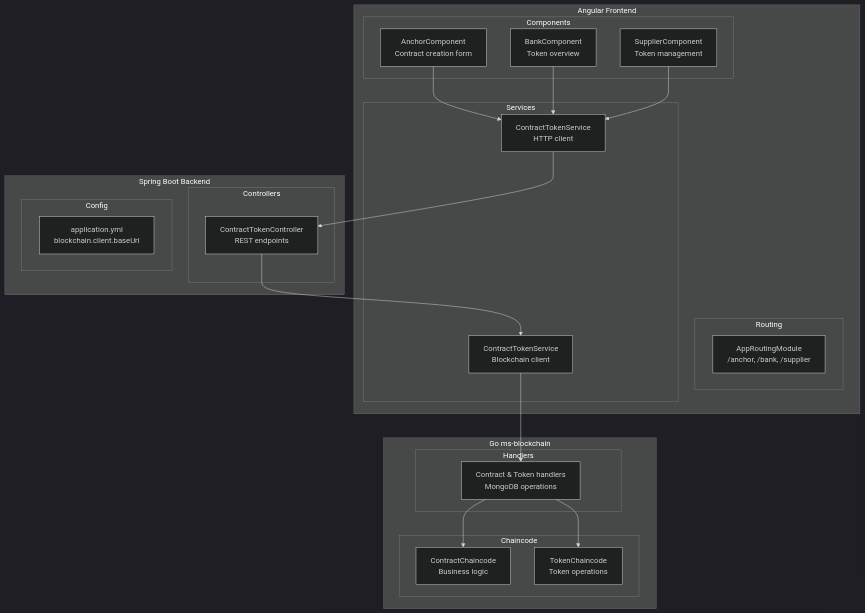
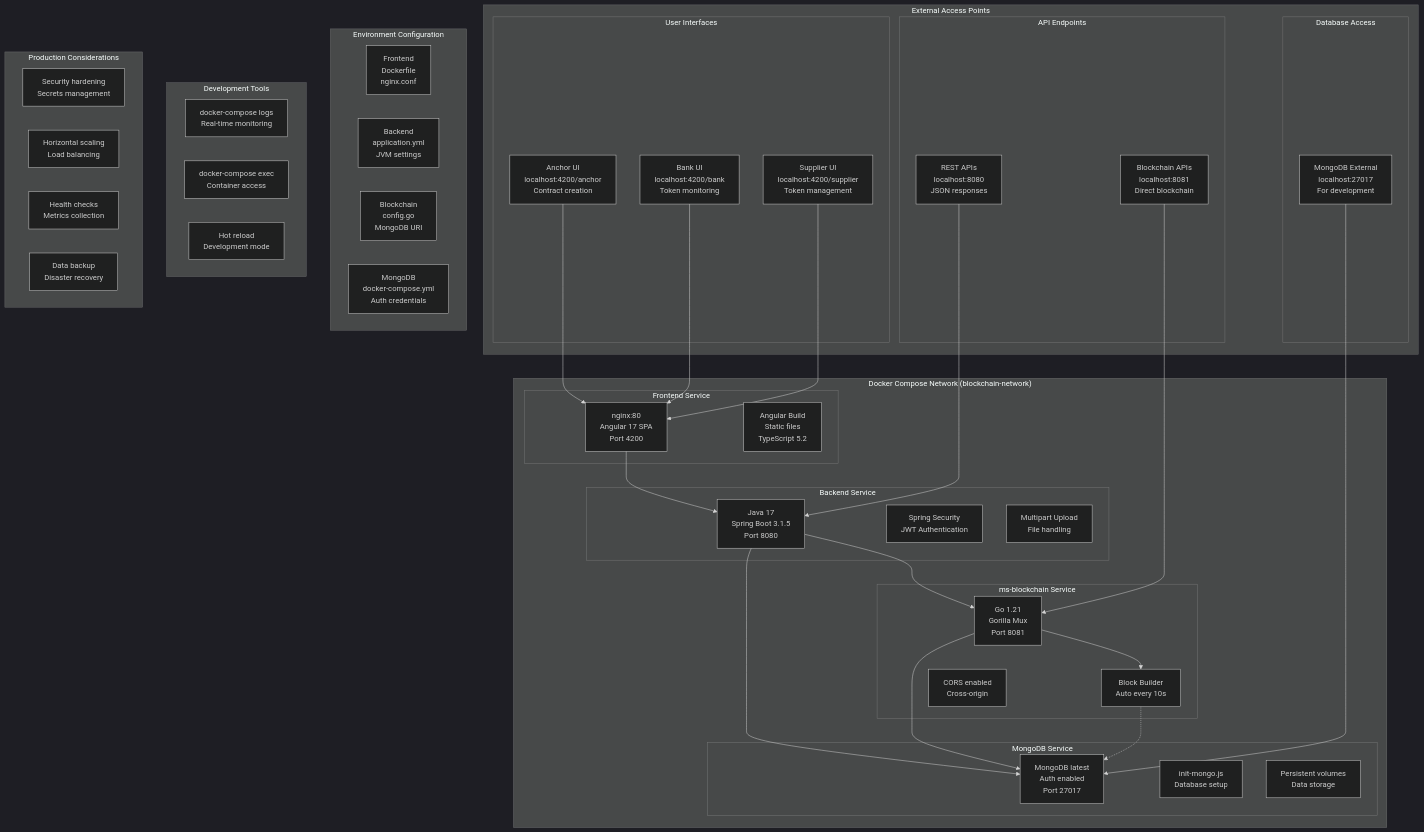
The sixth of 6 diagrams in SYSTEM_DIAGRAM.md (trunghc97/blockchain), drawn with Mermaid (dark theme) before and after one commit. The commit also changed other lines of this file, not shown here.

````diff
--- a/SYSTEM_DIAGRAM.md
+++ b/SYSTEM_DIAGRAM.md
@@ -165,47 +491,80 @@
 ```mermaid
 graph TB
-    subgraph "Angular Frontend"
-        subgraph "Components"
-            ANC[AnchorComponent<br/>Contract creation form]
-            BNK[BankComponent<br/>Token overview]
-            SUP[SupplierComponent<br/>Token management]
+    subgraph "Docker Compose Network (blockchain-network)"
+        subgraph "Frontend Service"
+            NGINX[nginx:80<br/>Angular 17 SPA<br/>Port 4200]
+            ANG[Angular Build<br/>Static files<br/>TypeScript 5.2]
         end
-        subgraph "Services"
-            CTS[ContractTokenService<br/>HTTP client]
+
+        subgraph "Backend Service"
+            JAVA[Java 17<br/>Spring Boot 3.1.5<br/>Port 8080]
+            SEC[Spring Security<br/>JWT Authentication]
+            MUL[Multipart Upload<br/>File handling]
         end
-        subgraph "Routing"
-            RT[AppRoutingModule<br/>/anchor, /bank, /supplier]
+
+        subgraph "ms-blockchain Service"
+            GO[Go 1.21<br/>Gorilla Mux<br/>Port 8081]
+            BB[Block Builder<br/>Auto every 10s]
+            CORS[CORS enabled<br/>Cross-origin]
+        end
+
+        subgraph "MongoDB Service"
+            MONGO[MongoDB latest<br/>Auth enabled<br/>Port 27017]
+            INIT[init-mongo.js<br/>Database setup]
+            DATA[Persistent volumes<br/>Data storage]
         end
     end
 
-    subgraph "Spring Boot Backend"
-        subgraph "Controllers"
-            CTC[ContractTokenController<br/>REST endpoints]
+    NGINX --> JAVA
+    JAVA --> GO
+    JAVA --> MONGO
+    GO --> MONGO
+    GO --> BB
+
+    BB -.-> MONGO
+
+    subgraph "External Access Points"
+        subgraph "User Interfaces"
+            ANC_UI[Anchor UI<br/>localhost:4200/anchor<br/>Contract creation]
+            BANK_UI[Bank UI<br/>localhost:4200/bank<br/>Token monitoring]
+            SUP_UI[Supplier UI<br/>localhost:4200/supplier<br/>Token management]
         end
-        subgraph "Services"
-            CTSB[ContractTokenService<br/>Blockchain client]
+
+        subgraph "API Endpoints"
+            REST_API[REST APIs<br/>localhost:8080<br/>JSON responses]
+            BC_API[Blockchain APIs<br/>localhost:8081<br/>Direct blockchain]
         end
-        subgraph "Config"
-            CFG[application.yml<br/>blockchain.client.baseUrl]
+
+        subgraph "Database Access"
+            DB_EXT[MongoDB External<br/>localhost:27017<br/>For development]
         end
     end
 
-    subgraph "Go ms-blockchain"
-        subgraph "Handlers"
-            HND[Contract & Token handlers<br/>MongoDB operations]
-        end
-        subgraph "Chaincode"
-            CHC[ContractChaincode<br/>Business logic]
-            TKN[TokenChaincode<br/>Token operations]
-        end
+    ANC_UI --> NGINX
+    BANK_UI --> NGINX
+    SUP_UI --> NGINX
+
+    REST_API --> JAVA
+    BC_API --> GO
+    DB_EXT --> MONGO
+
+    subgraph "Environment Configuration"
+        ENV1[Frontend<br/>Dockerfile<br/>nginx.conf]
+        ENV2[Backend<br/>application.yml<br/>JVM settings]
+        ENV3[Blockchain<br/>config.go<br/>MongoDB URI]
+        ENV4[MongoDB<br/>docker-compose.yml<br/>Auth credentials]
     end
 
-    ANC --> CTS
-    BNK --> CTS
-    SUP --> CTS
-    CTS --> CTC
-    CTC --> CTSB
-    CTSB --> HND
-    HND --> CHC
-    HND --> TKN
+    subgraph "Development Tools"
+        LOGS[docker-compose logs<br/>Real-time monitoring]
+        SHELL[docker-compose exec<br/>Container access]
+        DEBUG[Hot reload<br/>Development mode]
+    end
+
+    subgraph "Production Considerations"
+        SECURE[Security hardening<br/>Secrets management]
+        SCALE[Horizontal scaling<br/>Load balancing]
+        MONITOR[Health checks<br/>Metrics collection]
+        BACKUP[Data backup<br/>Disaster recovery]
+    end
 ```
````
